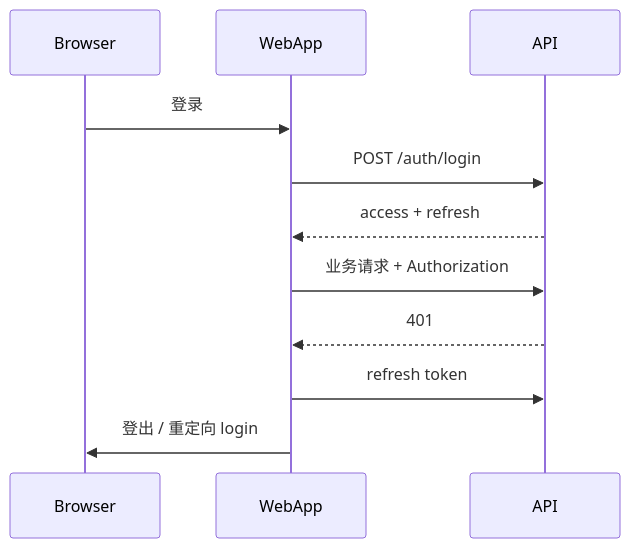
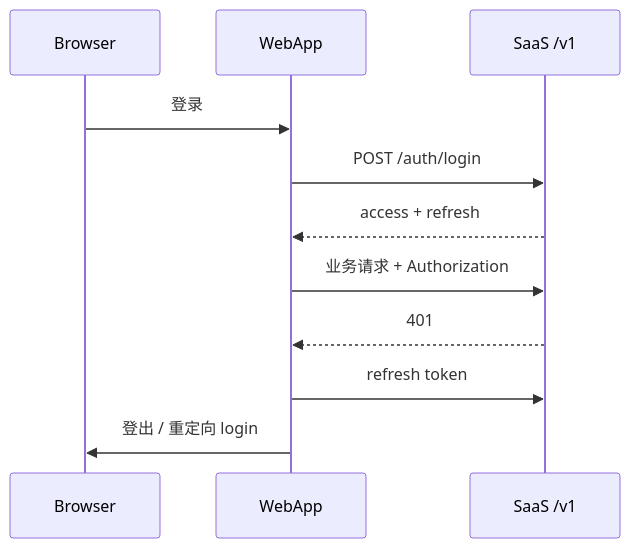
Before and after one commit to dujiaoai/map-design: the second of 2 diagrams in docs/architecture/auth-rbac.md, drawn with Mermaid. The commit also changed other lines of this file and 21 other files, not shown here.

First line of the commit message:
Expand architecture docs and add standalone monorepo workspace setup.

````diff
--- a/docs/architecture/auth-rbac.md
+++ b/docs/architecture/auth-rbac.md
@@ -20,13 +68,13 @@
 ```mermaid
 sequenceDiagram
   participant Browser
   participant WebApp
-  participant API
+  participant API as SaaS /v1
   Browser->>WebApp: 登录
   WebApp->>API: POST /auth/login
   API-->>WebApp: access + refresh
   WebApp->>API: 业务请求 + Authorization
   API-->>WebApp: 401
   WebApp->>API: refresh token
   WebApp->>Browser: 登出 / 重定向 login
 ```
````
